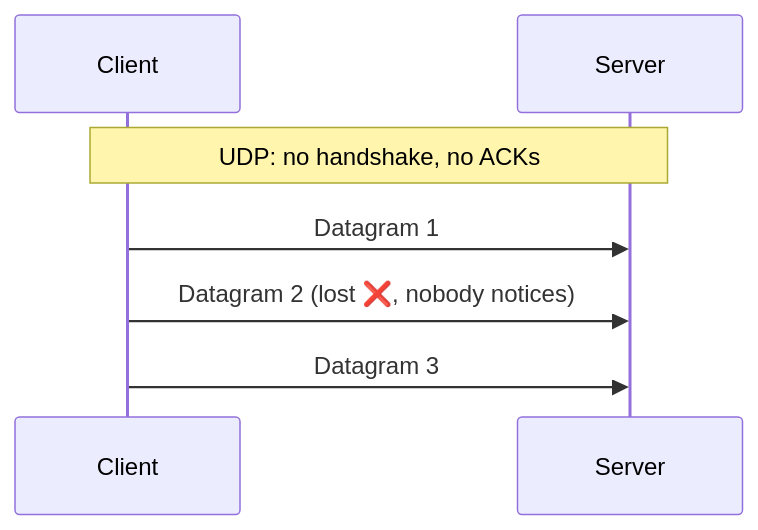
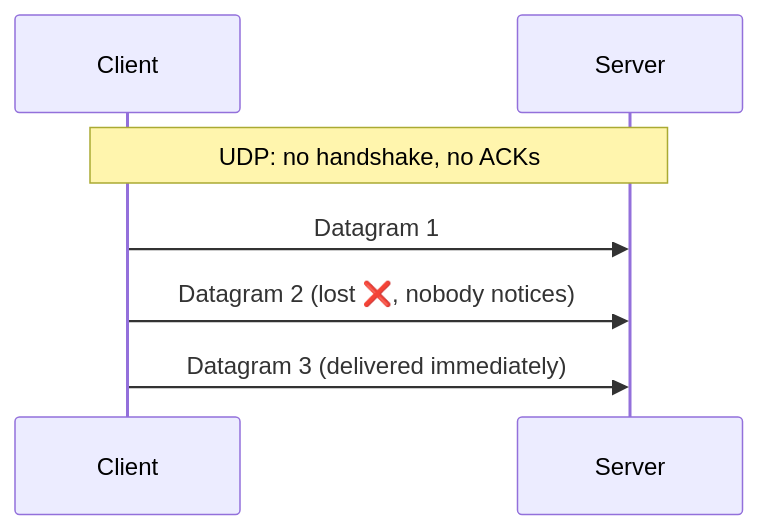
Before and after one commit to winnyboy5/System-Design-from-Atoms: the second of 2 diagrams in phases/02-networking/010-tcp-vs-udp.md, drawn with Mermaid. The commit also changed other lines of this file and 7 other files, not shown here.

````diff
--- a/phases/02-networking/010-tcp-vs-udp.md
+++ b/phases/02-networking/010-tcp-vs-udp.md
@@ -41,9 +51,9 @@
 ```mermaid
 sequenceDiagram
     participant C as Client
     participant S as Server
     Note over C,S: UDP: no handshake, no ACKs
     C->>S: Datagram 1
     C->>S: Datagram 2 (lost ❌, nobody notices)
-    C->>S: Datagram 3
+    C->>S: Datagram 3 (delivered immediately)
 ```
````
